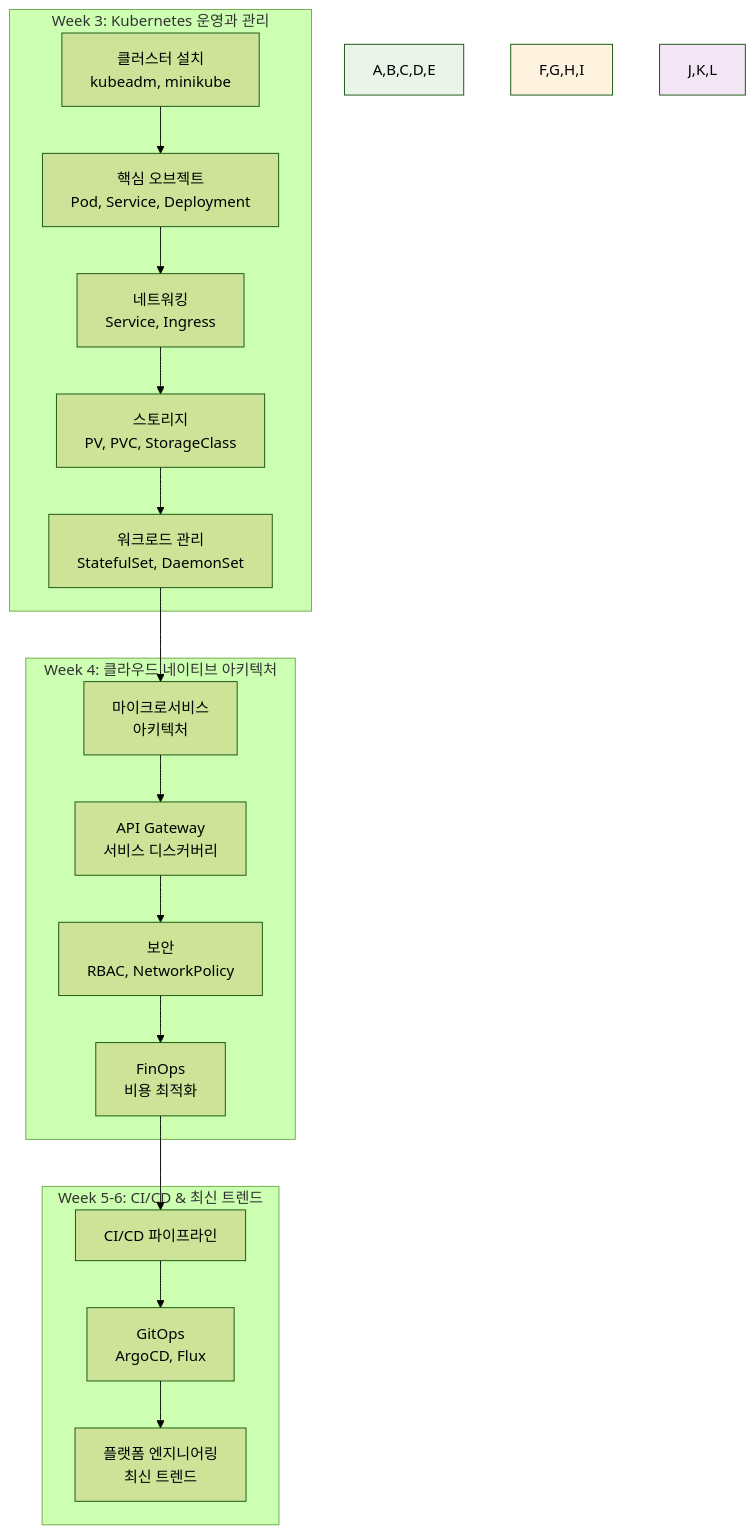
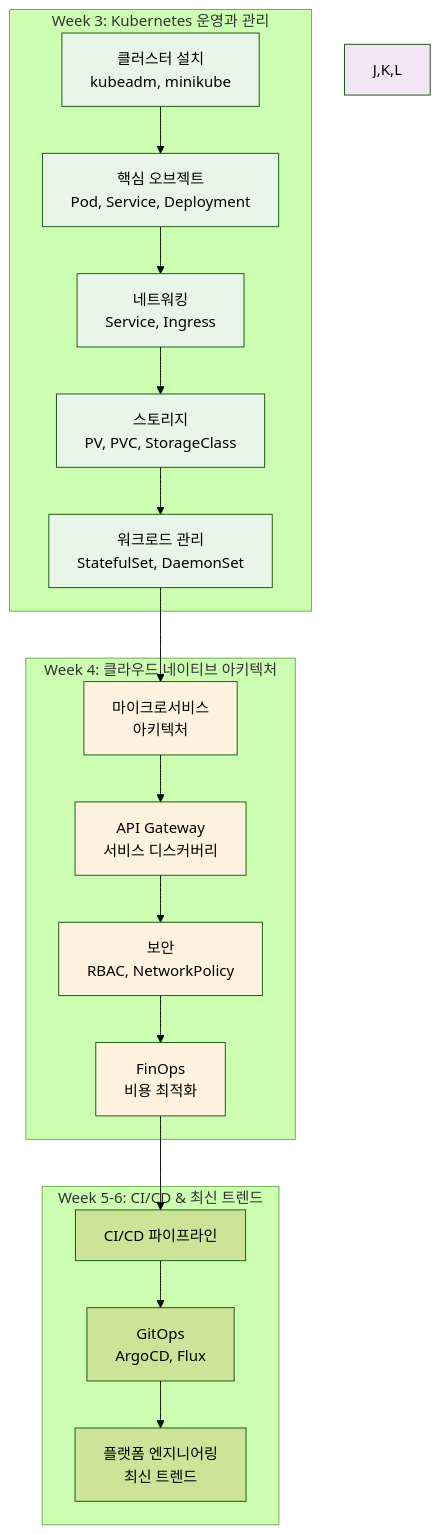
Before and after one commit to niceguy61/kdt_devops_lecture_2025: the tenth of 14 diagrams in theory/week_02/day4/README_corrected.md, drawn with Mermaid (forest theme). The commit also changed other lines of this file and 12 other files, not shown here.

Commit message:
mermaid 수정

````diff
--- a/theory/week_02/day4/README_corrected.md
+++ b/theory/week_02/day4/README_corrected.md
@@ -376,27 +388,34 @@
 ```mermaid
 graph TB
     subgraph "Week 3: Kubernetes 운영과 관리"
         A[클러스터 설치<br/>kubeadm, minikube] --> B[핵심 오브젝트<br/>Pod, Service, Deployment]
         B --> C[네트워킹<br/>Service, Ingress]
         C --> D[스토리지<br/>PV, PVC, StorageClass]
         D --> E[워크로드 관리<br/>StatefulSet, DaemonSet]
     end
     
     subgraph "Week 4: 클라우드 네이티브 아키텍처"
         F[마이크로서비스<br/>아키텍처] --> G[API Gateway<br/>서비스 디스커버리]
         G --> H[보안<br/>RBAC, NetworkPolicy]
         H --> I[FinOps<br/>비용 최적화]
     end
     
     subgraph "Week 5-6: CI/CD & 최신 트렌드"
         J[CI/CD 파이프라인] --> K[GitOps<br/>ArgoCD, Flux]
         K --> L[플랫폼 엔지니어링<br/>최신 트렌드]
     end
     
     E --> F
     I --> J
     
-    style A,B,C,D,E fill:#e8f5e8
-    style F,G,H,I fill:#fff3e0
+    style A fill:#e8f5e8
+    style B fill:#e8f5e8
+    style C fill:#e8f5e8
+    style D fill:#e8f5e8
+    style E fill:#e8f5e8
+    style F fill:#fff3e0
+    style G fill:#fff3e0
+    style H fill:#fff3e0
+    style I fill:#fff3e0
     style J,K,L fill:#f3e5f5
 ```
````
